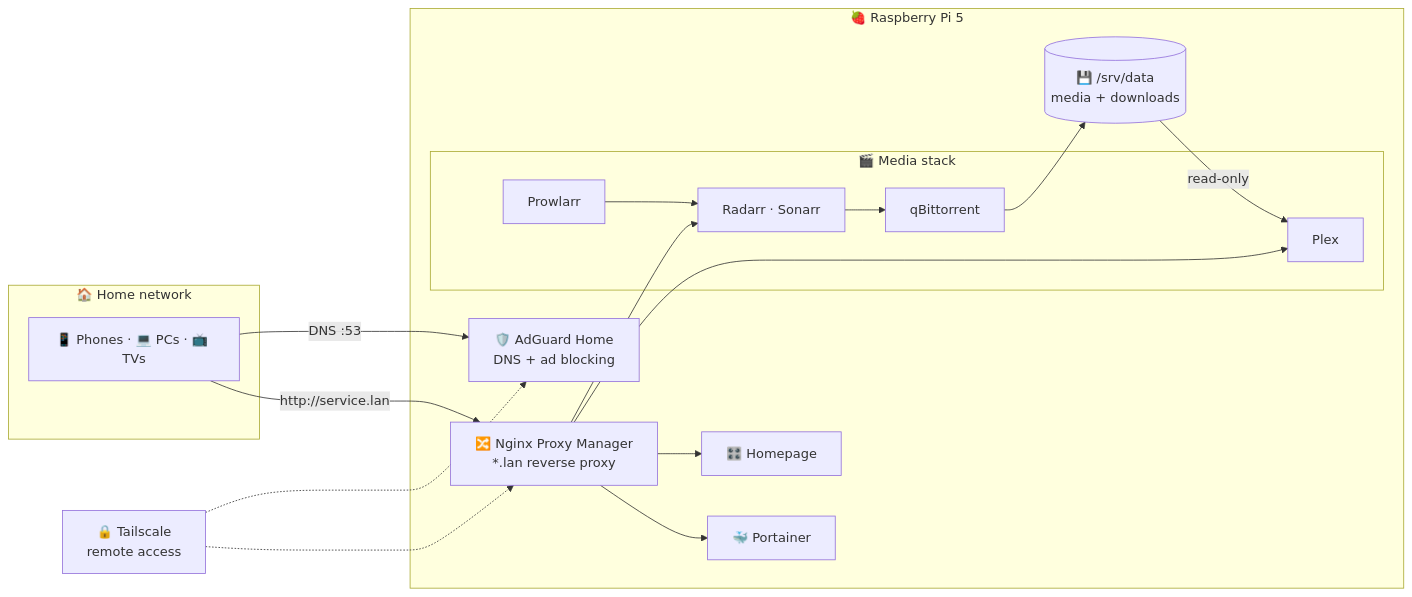
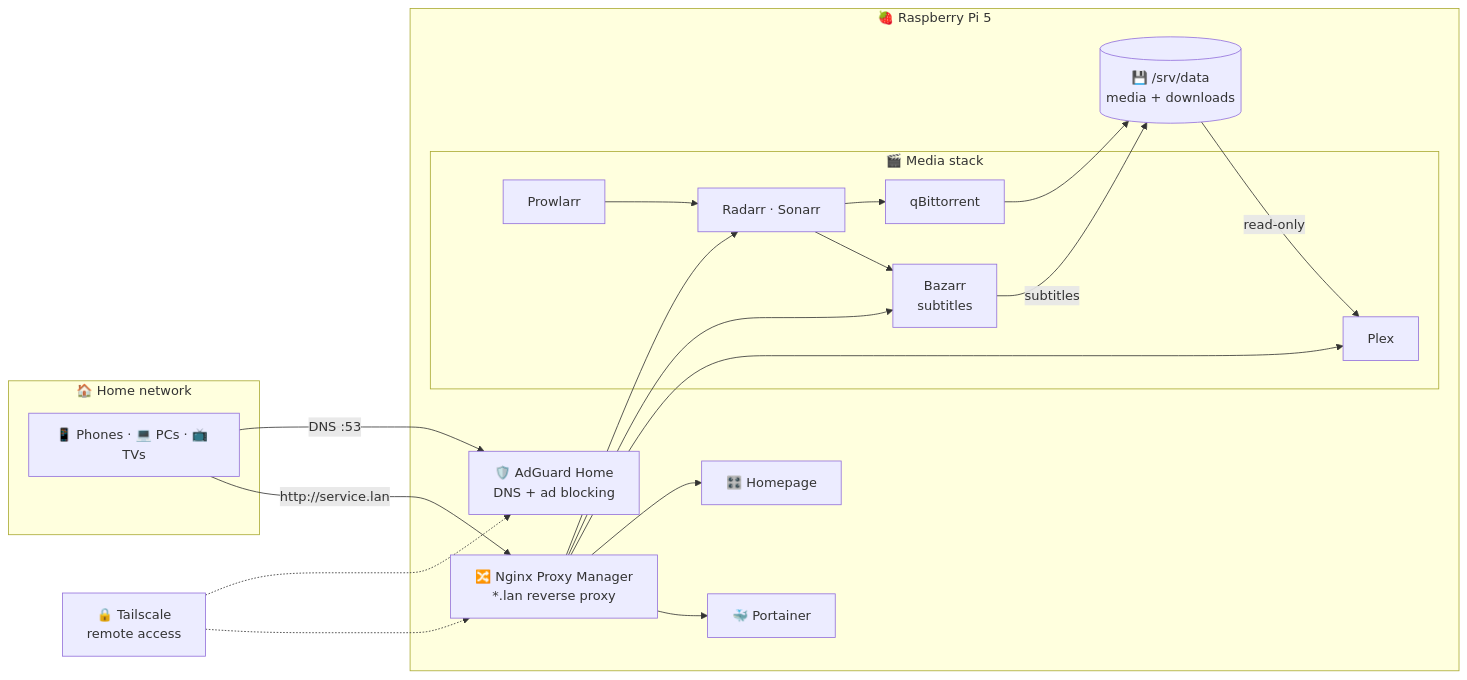
One commit to Whuaxu/DjBerry-Homelab changed the diagram in README.md. Above: the diagram before and after it, drawn with Mermaid. The commit also changed other lines of this file and 2 other files, not shown here.

Commit message:
feat(bazarr): Added Bazarr compose stack, included it in root compose and documented it in README

````diff
--- a/README.md
+++ b/README.md
@@ -43,31 +44,33 @@
 ```mermaid
 flowchart LR
     subgraph home["🏠 Home network"]
         D["📱 Phones · 💻 PCs · 📺 TVs"]
     end
     VPN["🔒 Tailscale<br/>remote access"]
 
     subgraph pi["🍓 Raspberry Pi 5"]
         AG["🛡️ AdGuard Home<br/>DNS + ad blocking"]
         NPM["🔀 Nginx Proxy Manager<br/>*.lan reverse proxy"]
         HP["🎛️ Homepage"]
         PT["🐳 Portainer"]
 
         subgraph media["🎬 Media stack"]
             PR["Prowlarr"]
             RS["Radarr · Sonarr"]
+            BZ["Bazarr<br/>subtitles"]
             QB["qBittorrent"]
             PX["Plex"]
         end
 
         DATA[("💾 /srv/data<br/>media + downloads")]
     end
 
     D -- "DNS :53" --> AG
     D -- "http://service.lan" --> NPM
     VPN -.-> AG
     VPN -.-> NPM
-    NPM --> HP & PT & RS & PX
+    NPM --> HP & PT & RS & BZ & PX
     PR --> RS --> QB --> DATA
+    RS --> BZ -- "subtitles" --> DATA
     DATA -- "read-only" --> PX
 ```
````
